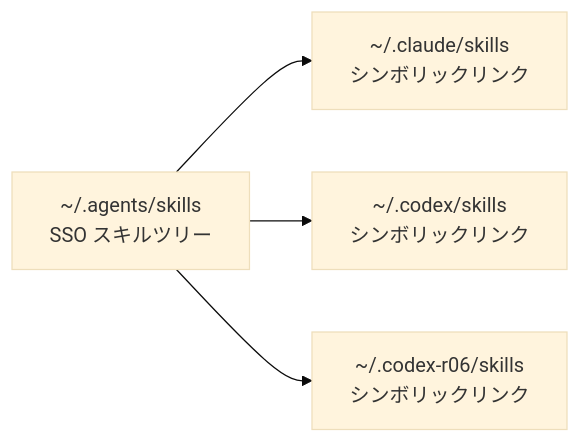
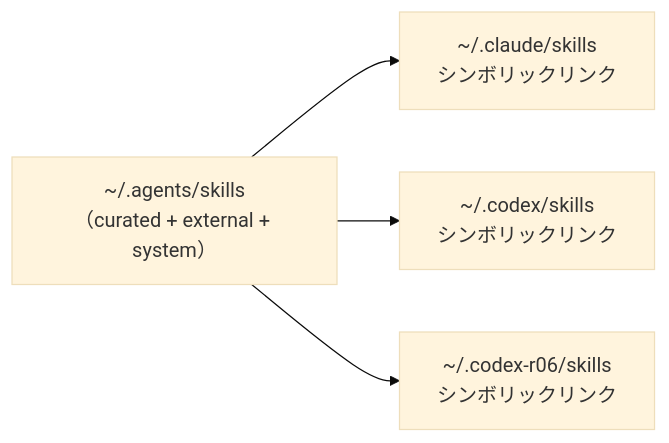
The diagram in docs/agents/codex.ja.md (kryota-dev/dotfiles), drawn with Mermaid (base theme) before and after one commit. The commit also changed other lines of this file and 14 other files, not shown here.

````diff
--- a/docs/agents/codex.ja.md
+++ b/docs/agents/codex.ja.md
@@ -228,6 +228,6 @@
 ```mermaid
 graph LR
-    A[~/.agents/skills\nSSO スキルツリー] --> B[~/.claude/skills\nシンボリックリンク]
+    A["~/.agents/skills\n（curated + external + system）"] --> B[~/.claude/skills\nシンボリックリンク]
     A --> C[~/.codex/skills\nシンボリックリンク]
     A --> D[~/.codex-r06/skills\nシンボリックリンク]
 ```
````
